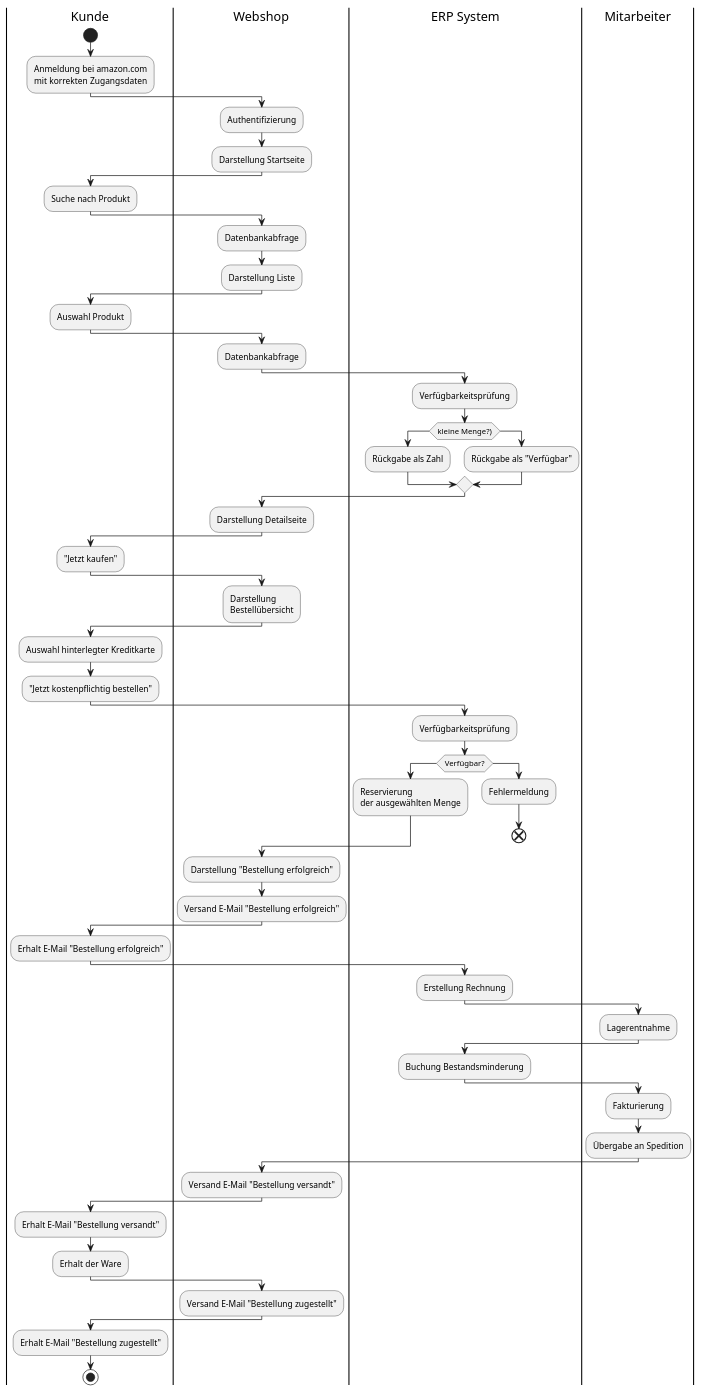
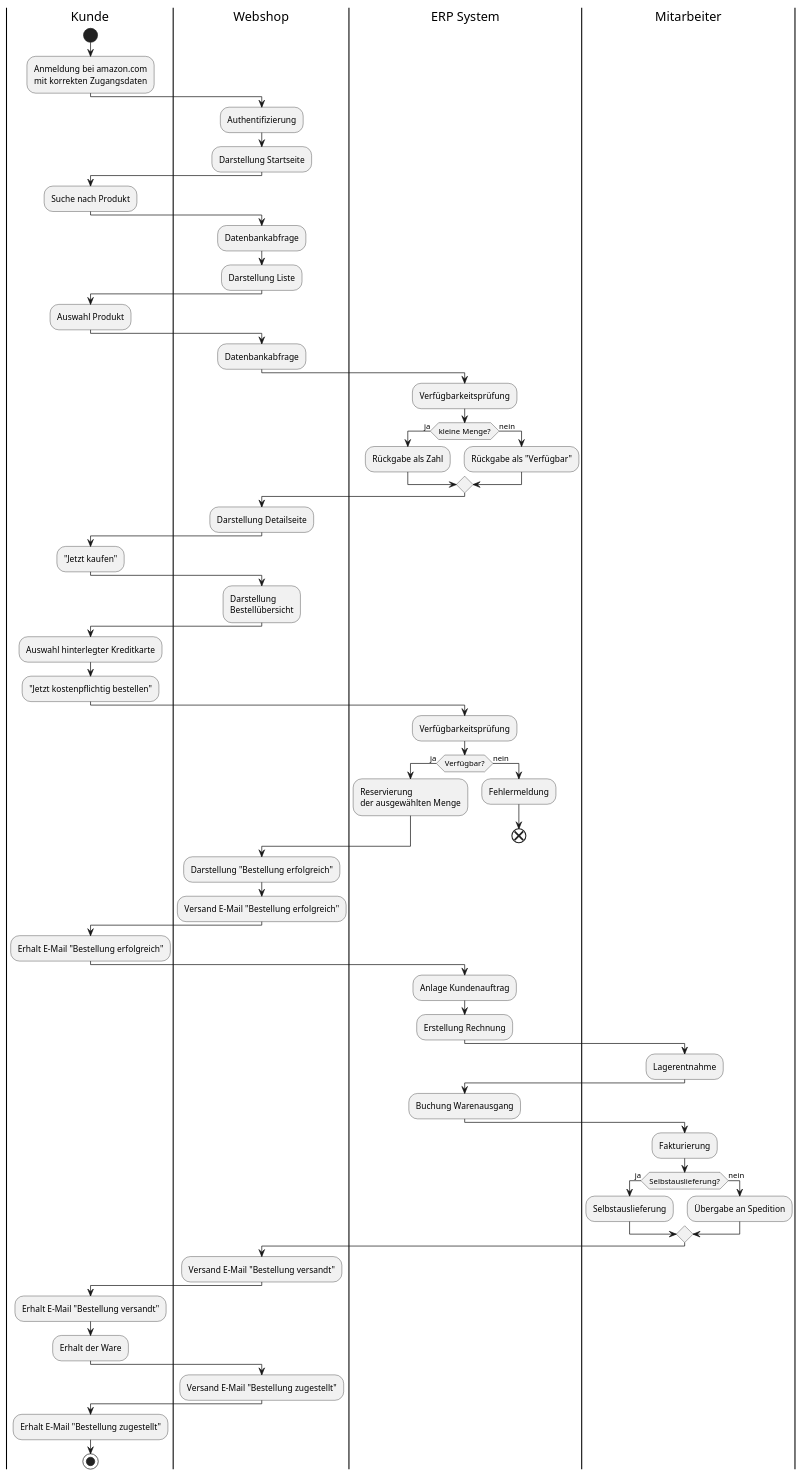
One commit to ChabbaY/HM_SoSe2023_InfoSys_Diagramme changed the diagram in ecommerce.puml. Above: the diagram before and after it, drawn with PlantUML. The commit also changed 1 other file, not shown here.

Commit message:
updated diagram

```diff
--- a/ecommerce.puml
+++ b/ecommerce.puml
@@ -1,68 +1,73 @@
 @startuml
 |Kunde|
 start
 :Anmeldung bei amazon.com
 mit korrekten Zugangsdaten;
 |Webshop|
 :Authentifizierung;
 :Darstellung Startseite;
 |Kunde|
 :Suche nach Produkt;
 |Webshop|
 :Datenbankabfrage;
 :Darstellung Liste;
 |Kunde|
 :Auswahl Produkt;
 |Webshop|
 :Datenbankabfrage;
 |ERP System|
 :Verfügbarkeitsprüfung;
-if (kleine Menge?)) then
+if (kleine Menge?) then (ja)
     :Rückgabe als Zahl;
-else
+else (nein)
     :Rückgabe als "Verfügbar";
 endif
 |Webshop|
 :Darstellung Detailseite;
 |Kunde|
 :"Jetzt kaufen";
 |Webshop|
 :Darstellung
 Bestellübersicht;
 |Kunde|
 :Auswahl hinterlegter Kreditkarte;
 :"Jetzt kostenpflichtig bestellen";
 |ERP System|
 :Verfügbarkeitsprüfung;
-if (Verfügbar?) then
+if (Verfügbar?) then (ja)
     :Reservierung
     der ausgewählten Menge;
-else
+else (nein)
     :Fehlermeldung;
     end
 endif
 |Webshop|
 :Darstellung "Bestellung erfolgreich";
 :Versand E-Mail "Bestellung erfolgreich";
 |Kunde|
 :Erhalt E-Mail "Bestellung erfolgreich";
 |ERP System|
+:Anlage Kundenauftrag;
 :Erstellung Rechnung;
 |Mitarbeiter|
 :Lagerentnahme;
 |ERP System|
-:Buchung Bestandsminderung;
+:Buchung Warenausgang;
 |Mitarbeiter|
 :Fakturierung;
-:Übergabe an Spedition;
+if (Selbstauslieferung?) then (ja)
+    :Selbstauslieferung;
+else (nein)
+    :Übergabe an Spedition;
+endif
 |Webshop|
 :Versand E-Mail "Bestellung versandt";
 |Kunde|
 :Erhalt E-Mail "Bestellung versandt";
 :Erhalt der Ware;
 |Webshop|
 :Versand E-Mail "Bestellung zugestellt";
 |Kunde|
 :Erhalt E-Mail "Bestellung zugestellt";
 stop
 @enduml
```
